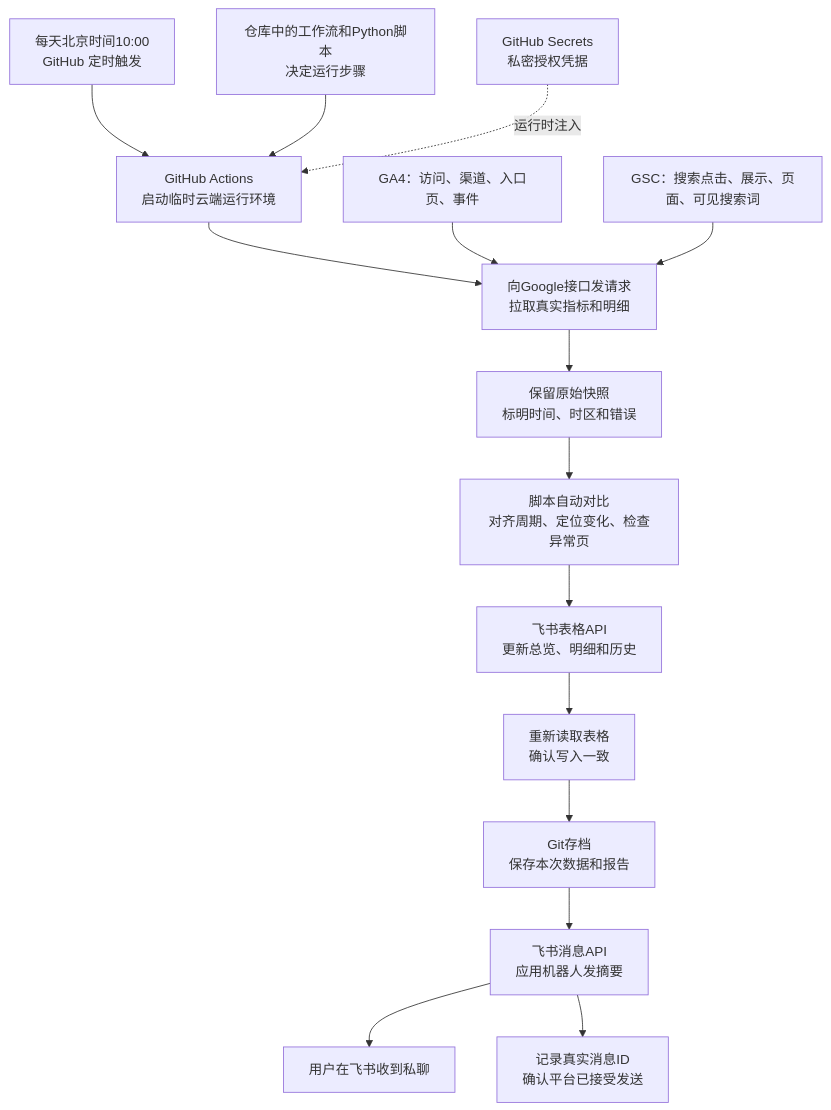
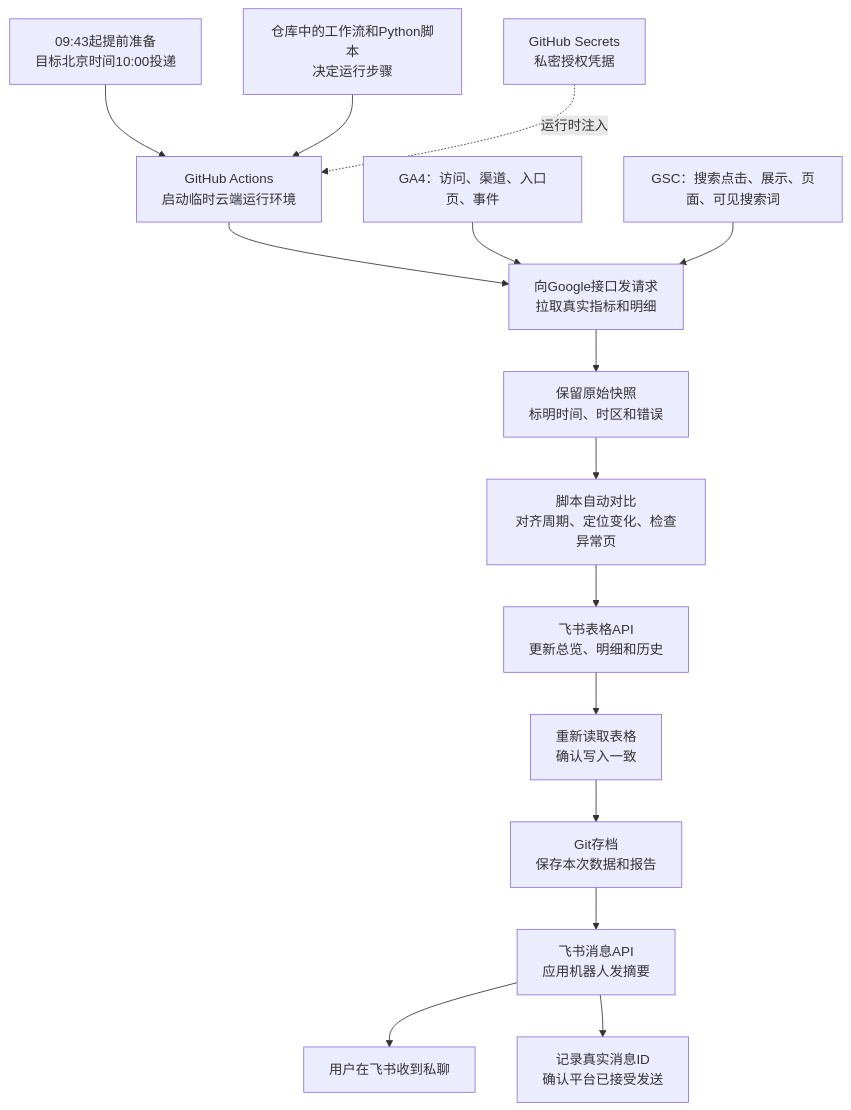
One commit to yimleunggggg/Yakushima-bus changed the diagram in docs/seo/DAILY_REPORT_SOP.md. Above: the diagram before and after it, drawn with Mermaid. The commit also changed other lines of this file and 10 other files, not shown here.

````diff
--- a/docs/seo/DAILY_REPORT_SOP.md
+++ b/docs/seo/DAILY_REPORT_SOP.md
@@ -9,17 +9,17 @@
 ```mermaid
 flowchart TD
-    TIMER["每天北京时间10:00<br/>GitHub 定时触发"] --> RUNNER["GitHub Actions<br/>启动临时云端运行环境"]
+    TIMER["09:43起提前准备<br/>目标北京时间10:00投递"] --> RUNNER["GitHub Actions<br/>启动临时云端运行环境"]
     CODE["仓库中的工作流和Python脚本<br/>决定运行步骤"] --> RUNNER
     SECRET["GitHub Secrets<br/>私密授权凭据"] -. "运行时注入" .-> RUNNER
     RUNNER --> FETCH["向Google接口发请求<br/>拉取真实指标和明细"]
     GA4["GA4：访问、渠道、入口页、事件"] --> FETCH
     GSC["GSC：搜索点击、展示、页面、可见搜索词"] --> FETCH
     FETCH --> RAW["保留原始快照<br/>标明时间、时区和错误"]
     RAW --> ANALYSE["脚本自动对比<br/>对齐周期、定位变化、检查异常页"]
     ANALYSE --> SHEET["飞书表格API<br/>更新总览、明细和历史"]
     SHEET --> VERIFY["重新读取表格<br/>确认写入一致"]
     VERIFY --> ARCHIVE["Git存档<br/>保存本次数据和报告"]
     ARCHIVE --> BOT["飞书消息API<br/>应用机器人发摘要"]
     BOT --> PERSON["用户在飞书收到私聊"]
     BOT --> RECEIPT["记录真实消息ID<br/>确认平台已接受发送"]
 ```
````
